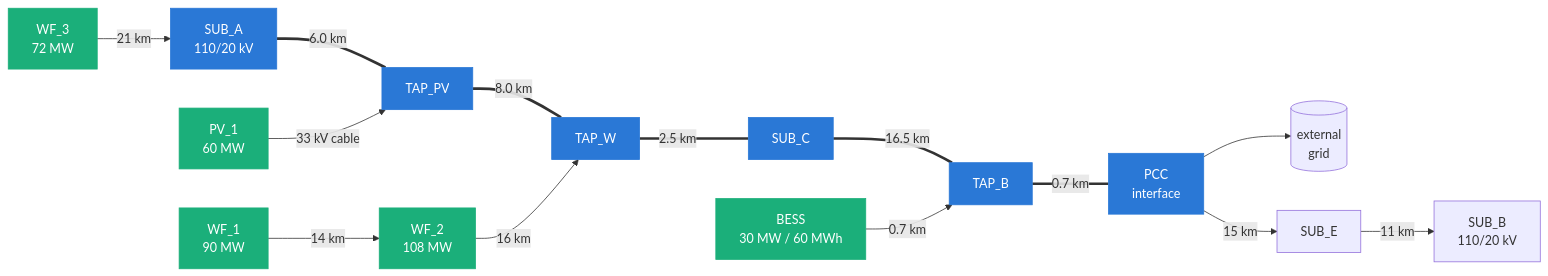
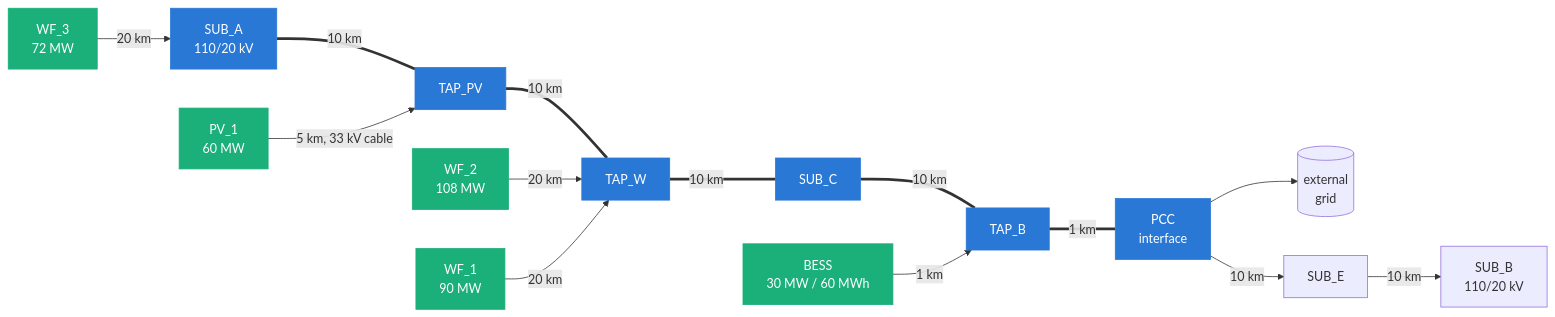
The diagram in docs/network.md (tubnguyen/HOSTING-CAPACITY-DLR), drawn with Mermaid before and after one commit. The commit also changed other lines of this file and 10 other files, not shown here.

````diff
--- a/docs/network.md
+++ b/docs/network.md
@@ -7,22 +7,22 @@
 ```mermaid
 graph LR
-    WF3[WF_3<br/>72 MW] -->|21 km| SUBA
-    SUBA[SUB_A<br/>110/20 kV] ===|6.0 km| TAPPV[TAP_PV]
-    TAPPV ===|8.0 km| TAPW[TAP_W]
-    TAPW ===|2.5 km| SUBC[SUB_C]
-    SUBC ===|16.5 km| TAPB[TAP_B]
-    TAPB ===|0.7 km| PCC[PCC<br/>interface]
+    WF3[WF_3<br/>72 MW] -->|20 km| SUBA
+    SUBA[SUB_A<br/>110/20 kV] ===|10 km| TAPPV[TAP_PV]
+    TAPPV ===|10 km| TAPW[TAP_W]
+    TAPW ===|10 km| SUBC[SUB_C]
+    SUBC ===|10 km| TAPB[TAP_B]
+    TAPB ===|1 km| PCC[PCC<br/>interface]
     PCC --> GRID[(external<br/>grid)]
-    PCC -->|15 km| SUBE[SUB_E]
-    SUBE -->|11 km| SUBB[SUB_B<br/>110/20 kV]
+    PCC -->|10 km| SUBE[SUB_E]
+    SUBE -->|10 km| SUBB[SUB_B<br/>110/20 kV]
 
-    PV[PV_1<br/>60 MW] -->|33 kV cable| TAPPV
-    WF2[WF_2<br/>108 MW] -->|16 km| TAPW
-    WF1[WF_1<br/>90 MW] -->|14 km| WF2
-    BESS[BESS<br/>30 MW / 60 MWh] -->|0.7 km| TAPB
+    PV[PV_1<br/>60 MW] -->|5 km, 33 kV cable| TAPPV
+    WF2[WF_2<br/>108 MW] -->|20 km| TAPW
+    WF1[WF_1<br/>90 MW] -->|20 km| TAPW
+    BESS[BESS<br/>30 MW / 60 MWh] -->|1 km| TAPB
 
     classDef corridor fill:#2a78d6,stroke:#2a78d6,color:#fff
     classDef plant fill:#1baf7a,stroke:#1baf7a,color:#fff
     class SUBA,TAPPV,TAPW,SUBC,TAPB,PCC corridor
     class WF1,WF2,WF3,PV,BESS plant
 ```
````
